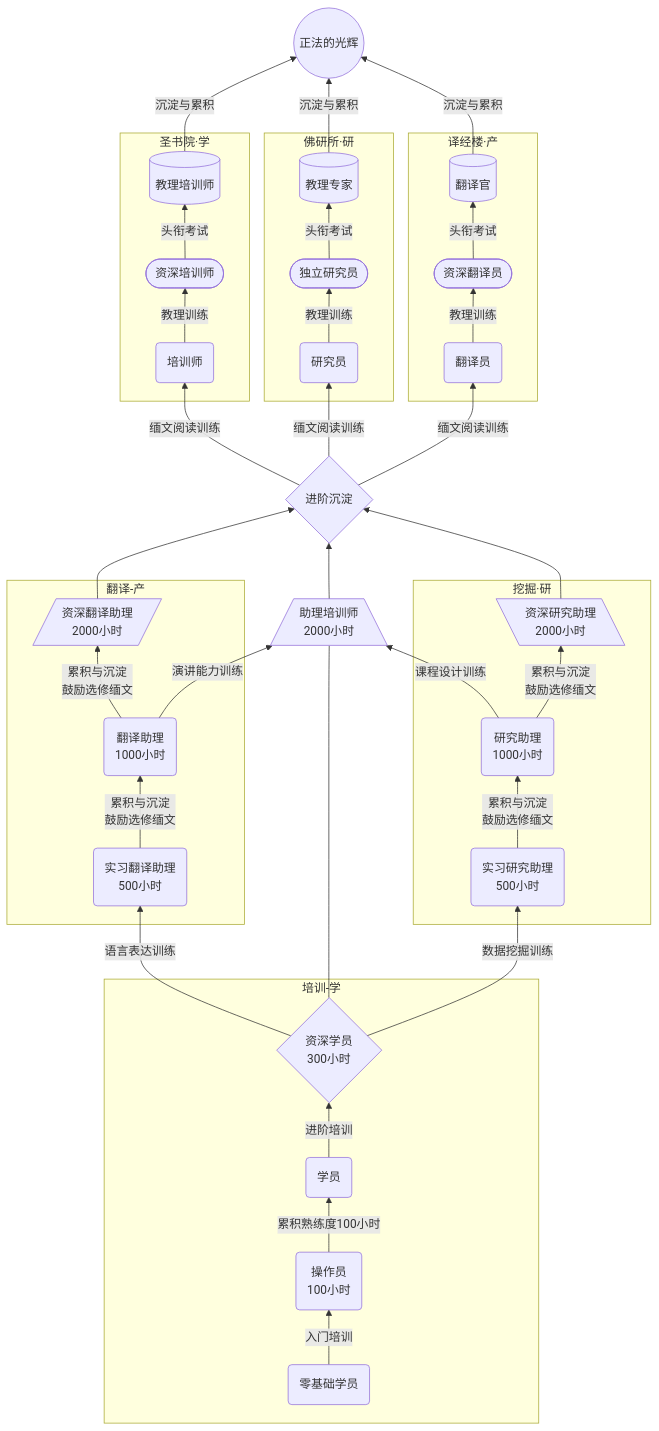
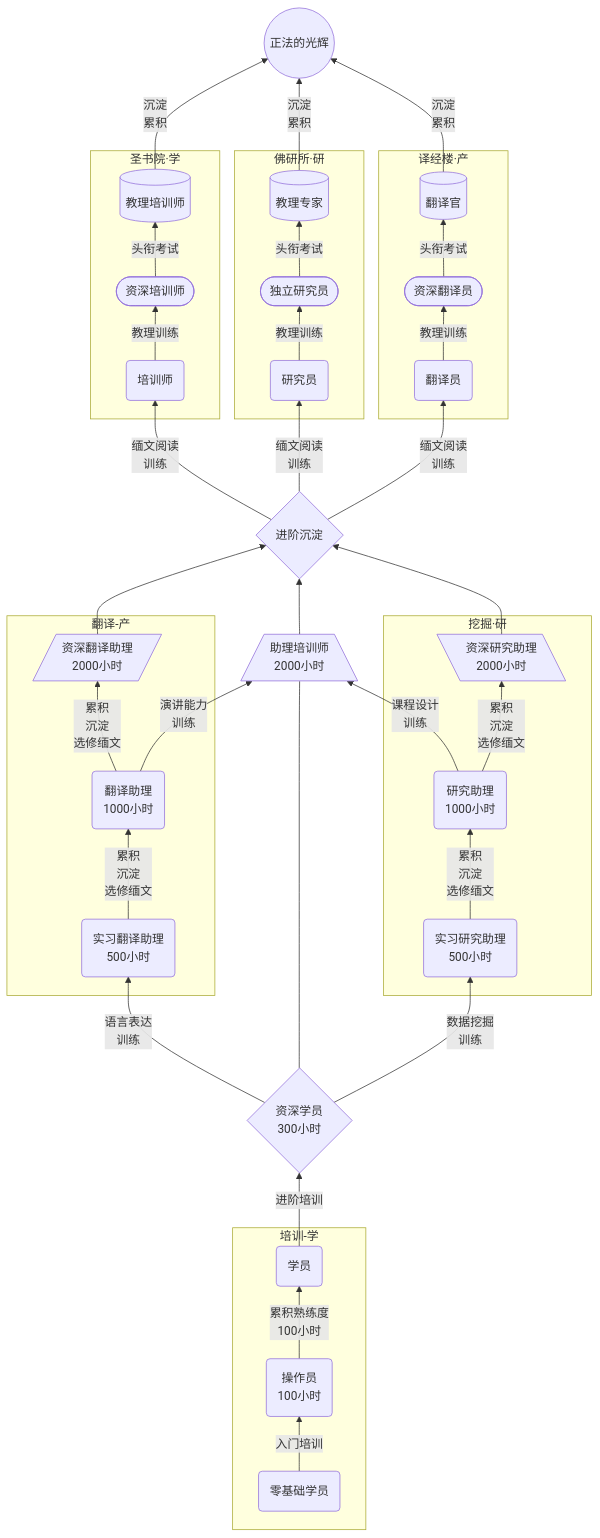
Before and after one commit to Bhikkhu-Kosalla/IAPT_Doc: the diagram in 晋级路线.md, drawn with Mermaid. The commit also changed 3 other files, not shown here.

````diff
--- a/晋级路线.md
+++ b/晋级路线.md
@@ -3,70 +3,70 @@
 ```mermaid
 graph BT;
 subgraph 培训-学
 A--入门培训-->B;
-B--累积熟练度100小时-->C;
+B--累积熟练度<br>100小时-->C;
+end;
 C--进阶培训-->D
-end;
+D--语言表达<br>训练-->E;
 
 subgraph 翻译-产
-D--语言表达训练-->E;
-E--累积与沉淀<br>鼓励选修缅文-->H;
-H--累积与沉淀<br>鼓励选修缅文-->I;
+E--累积<br>沉淀<br>选修缅文-->H;
+H--累积<br>沉淀<br>选修缅文-->I;
 end
+D--数据挖掘<br>训练-->F;
 
 subgraph "挖掘·研"
-D--数据挖掘训练-->F;
-F--累积与沉淀<br>鼓励选修缅文-->G;
-G--累积与沉淀<br>鼓励选修缅文-->J;
+F--累积<br>沉淀<br>选修缅文-->G;
+G--累积<br>沉淀<br>选修缅文-->J;
 
 end
 I-->R;
 K-->R;
 J-->R;
-R--缅文阅读训练-->L;
-R--缅文阅读训练-->O;
-R--缅文阅读训练-->Q;
+R--缅文阅读<br>训练-->L;
+R--缅文阅读<br>训练-->O;
+R--缅文阅读<br>训练-->Q;
 subgraph "佛研所·研"
 
 L--教理训练-->M;
 M--头衔考试-->N;
 end
 subgraph "圣书院·学"
 O--教理训练-->P;
 P--头衔考试-->S;
 end
 subgraph "译经楼·产"
 Q--教理训练-->T;
 T--头衔考试-->U
 end
-G--课程设计训练-->K;
-H--演讲能力训练-->K;
+G--课程设计<br>训练-->K;
+H--演讲能力<br>训练-->K;
 D----K;
-S--沉淀与累积-->V;
-N--沉淀与累积-->V;
-U--沉淀与累积-->V;
+S--沉淀<br>累积-->V;
+N--沉淀<br>累积-->V;
+U--沉淀<br>累积-->V;
 
 
 A(零基础学员);
 B(操作员<br>100小时);
 C(学员);
 D{"资深学员<br>300小时"};
 E("实习翻译助理<br>500小时");
 F(实习研究助理<br>500小时);
 G(研究助理<br>1000小时);
 H(翻译助理<br>1000小时);
 I[/资深翻译助理<br>2000小时/];
 J[\资深研究助理<br>2000小时\];
 K[/助理培训师<br>2000小时\];
 R{进阶沉淀}
 L(研究员);
 O(培训师);
 M([独立研究员]);
 T([资深翻译员]);
 P([资深培训师]);
 Q(翻译员);
 N[(教理专家)];
 S[(教理培训师)];
 U[(翻译官)];
 V((正法的光辉));
 ```
````
